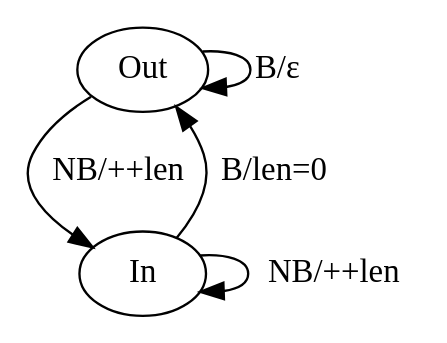
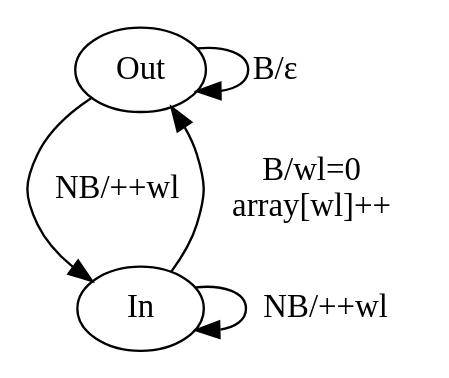
One commit to JuanManuelRama/SSL changed the diagram in 03-Historigrama/histograma.gv. Above: the diagram before and after it, drawn with Graphviz.

Commit message:
Completo tp

```diff
--- a/03-Historigrama/histograma.gv
+++ b/03-Historigrama/histograma.gv
@@ -1,6 +1,6 @@
 digraph Histograma{
-    Out->In[label="NB/++len"];
+    Out->In[label="NB/++wl"];
     Out->Out[label="B/ε"];
-    In->Out[label="B/len=0"];
-    In->In[label="NB/++len"];
+    In->Out[label="B/wl=0 \n array[wl]++"];
+    In->In[label="NB/++wl"];
 }
```
